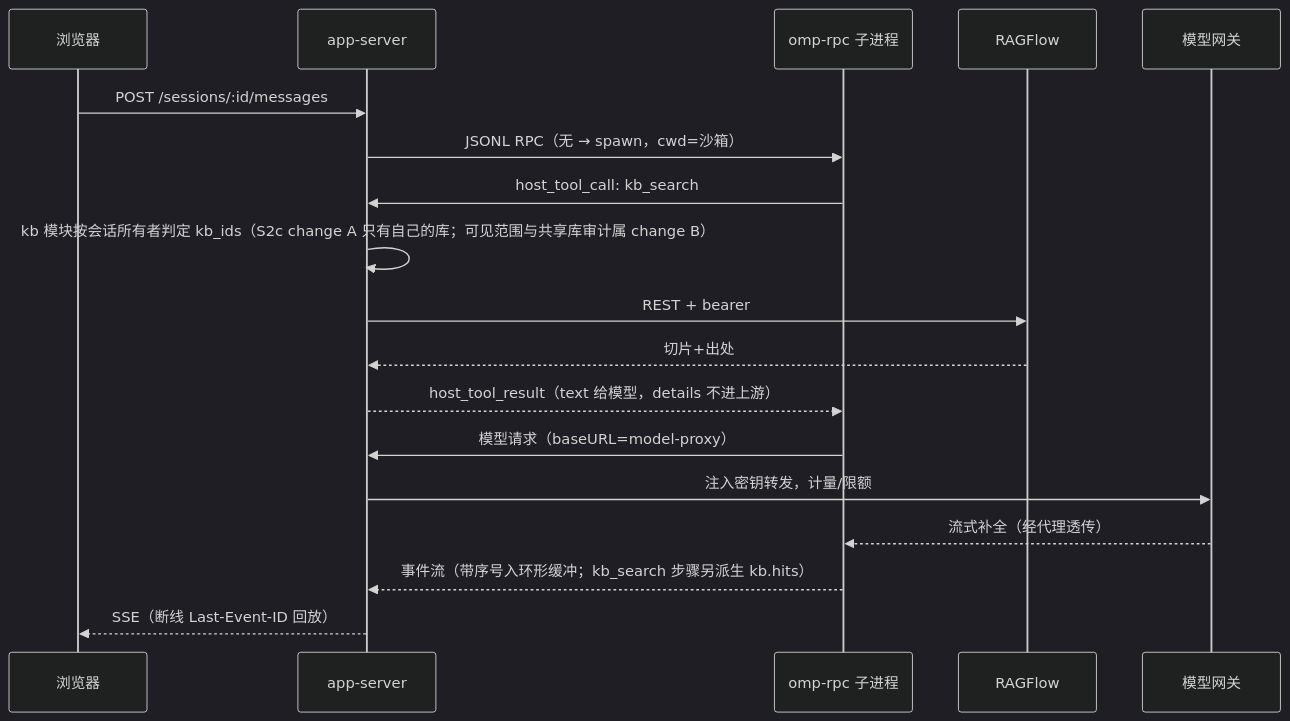
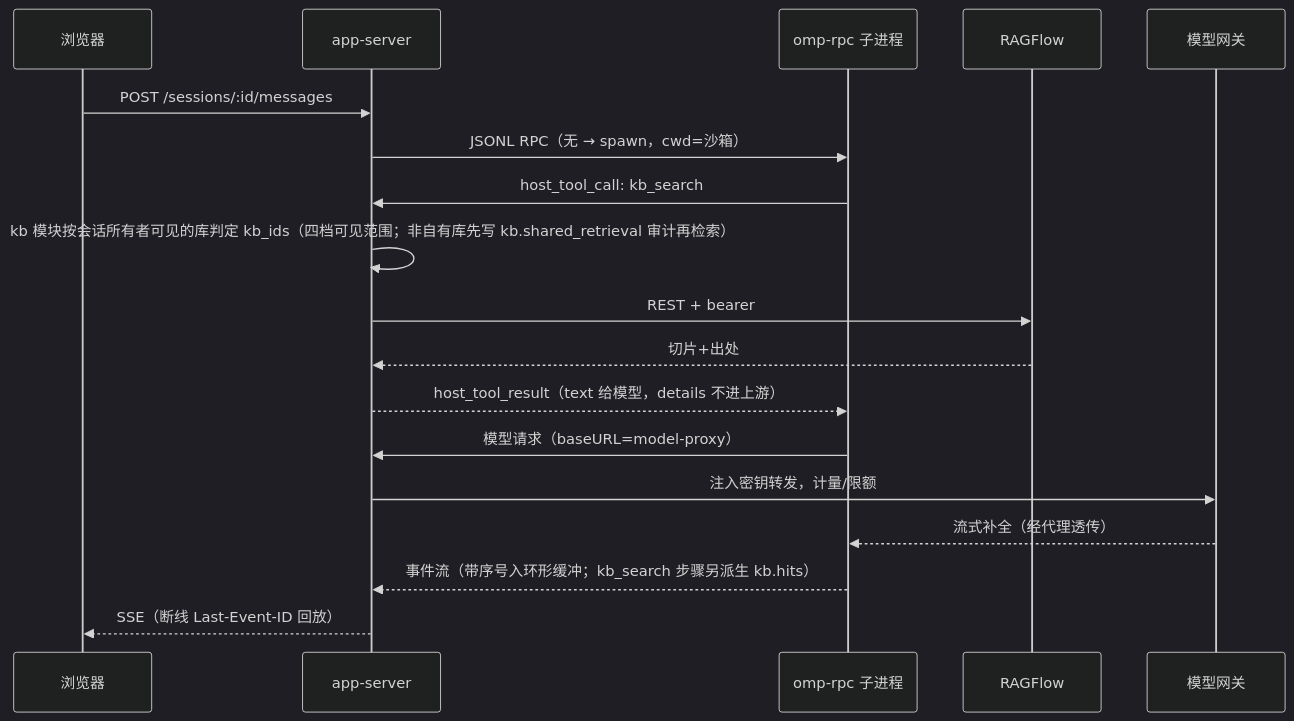
Before and after one commit to DankerMu/open-wb: the second of 2 diagrams in docs/architecture/system.md, drawn with Mermaid (dark theme). The commit also changed other lines of this file and 5 other files, not shown here.

First line of the commit message:
docs: S2c change B closeout — architecture, glossary, plan and CK rows match the shipped visibility (#2040)

````diff
--- a/docs/architecture/system.md
+++ b/docs/architecture/system.md
@@ -144,20 +144,20 @@
 ```mermaid
 sequenceDiagram
     participant B as 浏览器
     participant S as app-server
     participant O as omp-rpc 子进程
     participant K as RAGFlow
     participant G as 模型网关
     B->>S: POST /sessions/:id/messages
     S->>O: JSONL RPC（无 → spawn，cwd=沙箱）
     O->>S: host_tool_call: kb_search
-    S->>S: kb 模块按会话所有者判定 kb_ids（S2c change A 只有自己的库；可见范围与共享库审计属 change B）
+    S->>S: kb 模块按会话所有者可见的库判定 kb_ids（四档可见范围；非自有库先写 kb.shared_retrieval 审计再检索）
     S->>K: REST + bearer
     K-->>S: 切片+出处
     S-->>O: host_tool_result（text 给模型，details 不进上游）
     O->>S: 模型请求（baseURL=model-proxy）
     S->>G: 注入密钥转发，计量/限额
     G-->>O: 流式补全（经代理透传）
     O-->>S: 事件流（带序号入环形缓冲；kb_search 步骤另派生 kb.hits）
     S-->>B: SSE（断线 Last-Event-ID 回放）
 ```
````
